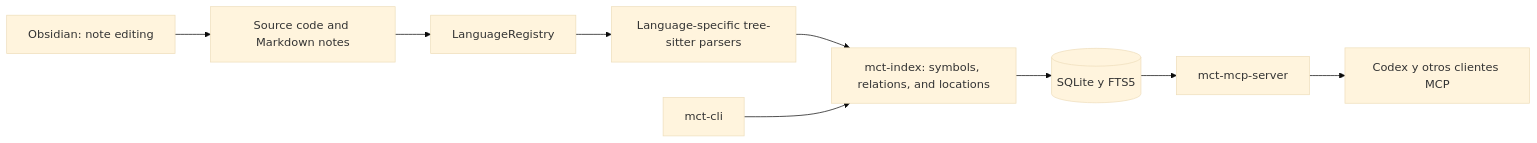
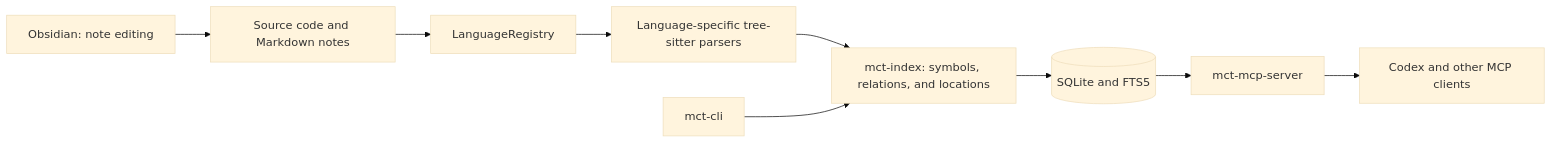
Before and after one commit to Zubiarka8/mini-consumes-tokens: the diagram in GPT-Report.md, drawn with Mermaid (base theme). The commit also changed other lines of this file and 7 other files, not shown here.

````diff
--- a/GPT-Report.md
+++ b/GPT-Report.md
@@ -56,11 +69,11 @@
 ```mermaid
 flowchart LR
     F[Source code and Markdown notes] --> R[LanguageRegistry]
     R --> P[Language-specific tree-sitter parsers]
     P --> I[mct-index: symbols, relations, and locations]
-    I --> DB[(SQLite y FTS5)]
+    I --> DB[(SQLite and FTS5)]
     DB --> S[mct-mcp-server]
-    S --> C[Codex y otros clientes MCP]
+    S --> C[Codex and other MCP clients]
     CLI[mct-cli] --> I
     O[Obsidian: note editing] --> F
 ```
````
